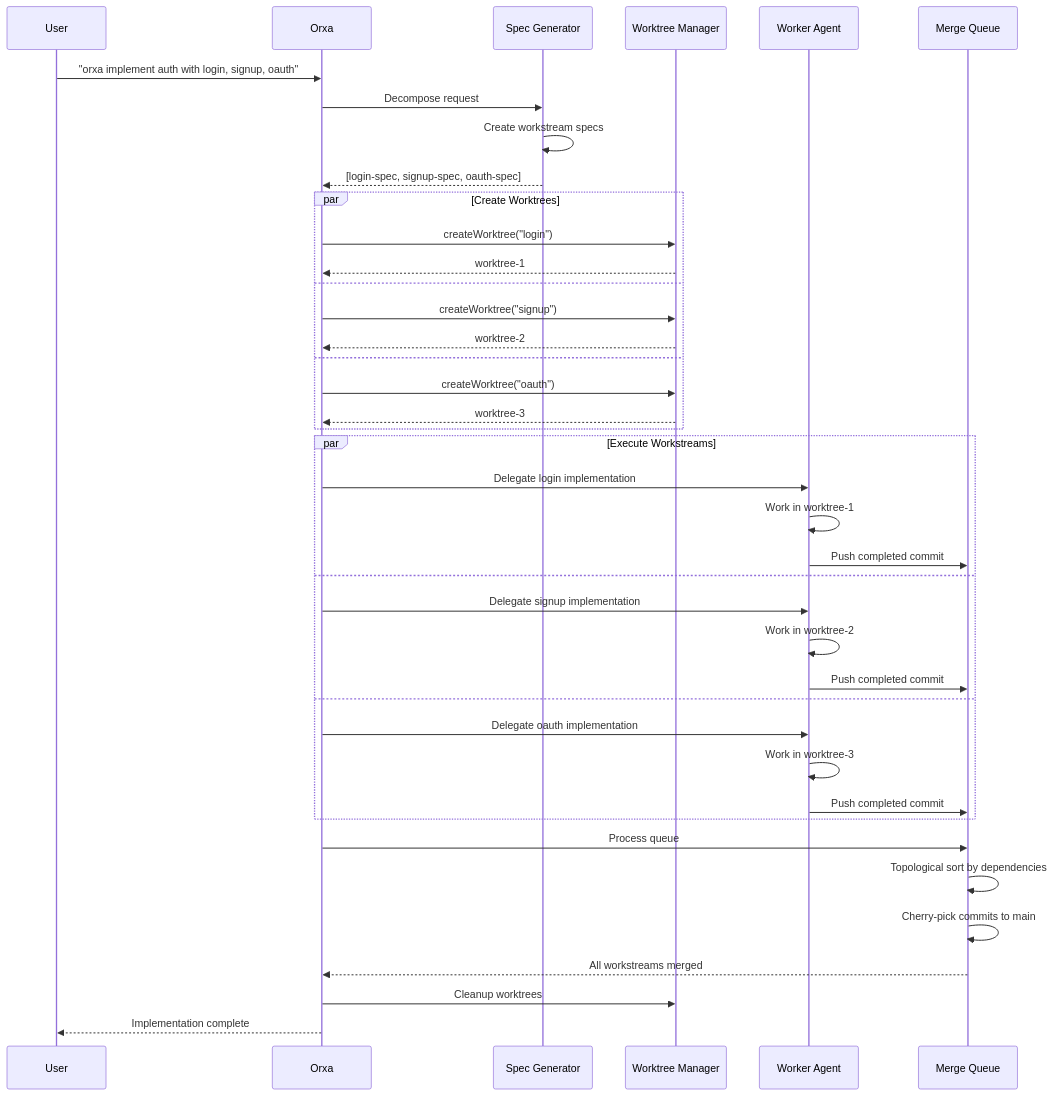
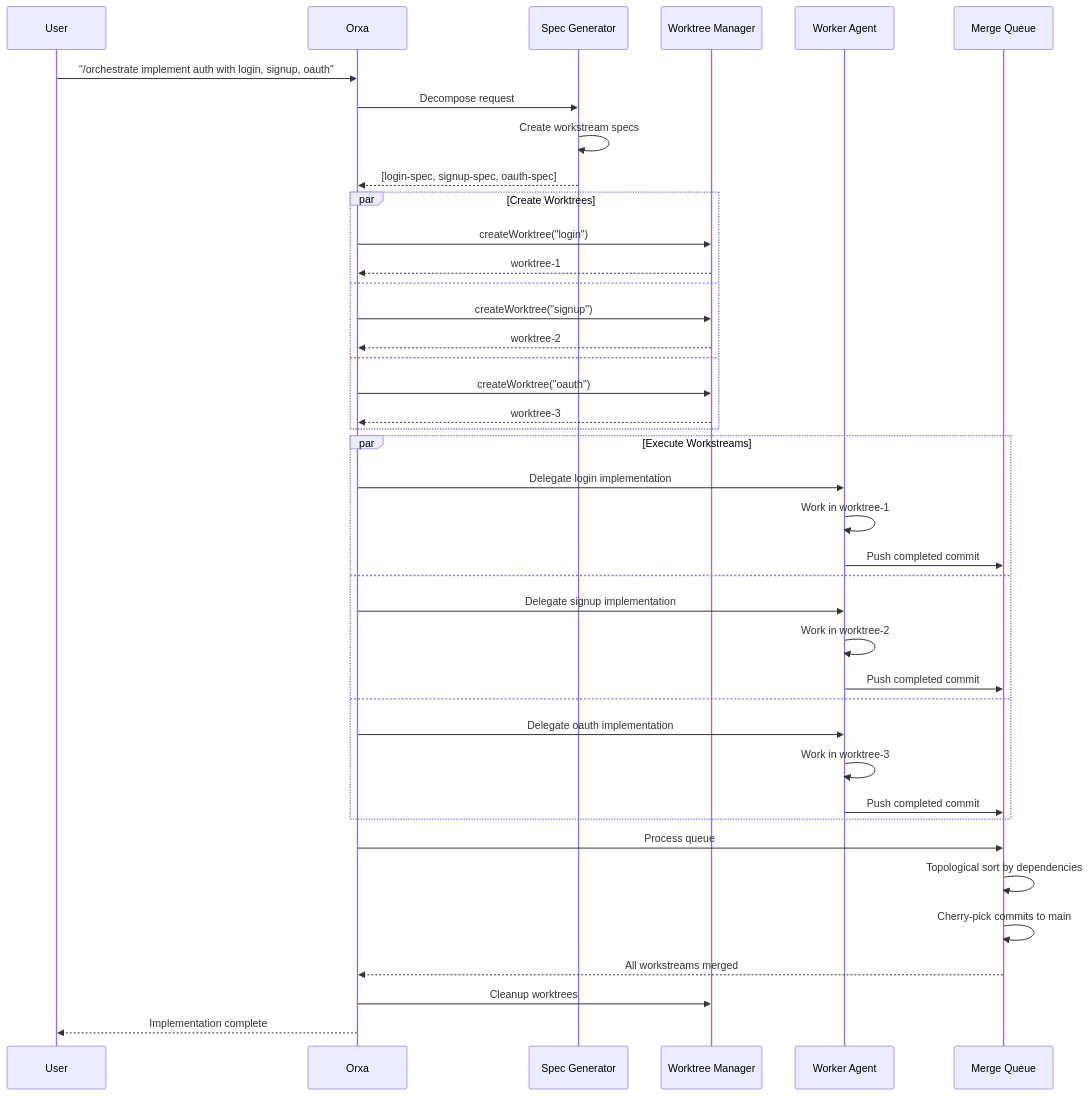
Before and after one commit to Reliability-Works/opencode-orxa: the tenth of 14 diagrams in docs/ARCHITECTURE.md, drawn with Mermaid. The commit also changed other lines of this file and 33 other files, not shown here.

````diff
--- a/docs/ARCHITECTURE.md
+++ b/docs/ARCHITECTURE.md
@@ -704,48 +704,48 @@
 ```mermaid
 sequenceDiagram
     participant User
     participant Orxa
     participant SpecGen as Spec Generator
     participant WTMgr as Worktree Manager
     participant Worker as Worker Agent
     participant Queue as Merge Queue
     
-    User->>Orxa: "orxa implement auth with login, signup, oauth"
+    User->>Orxa: "/orchestrate implement auth with login, signup, oauth"
     
     Orxa->>SpecGen: Decompose request
     SpecGen->>SpecGen: Create workstream specs
     SpecGen-->>Orxa: [login-spec, signup-spec, oauth-spec]
     
     par Create Worktrees
         Orxa->>WTMgr: createWorktree("login")
         WTMgr-->>Orxa: worktree-1
     and
         Orxa->>WTMgr: createWorktree("signup")
         WTMgr-->>Orxa: worktree-2
     and
         Orxa->>WTMgr: createWorktree("oauth")
         WTMgr-->>Orxa: worktree-3
     end
     
     par Execute Workstreams
         Orxa->>Worker: Delegate login implementation
         Worker->>Worker: Work in worktree-1
         Worker->>Queue: Push completed commit
     and
         Orxa->>Worker: Delegate signup implementation
         Worker->>Worker: Work in worktree-2
         Worker->>Queue: Push completed commit
     and
         Orxa->>Worker: Delegate oauth implementation
         Worker->>Worker: Work in worktree-3
         Worker->>Queue: Push completed commit
     end
     
     Orxa->>Queue: Process queue
     Queue->>Queue: Topological sort by dependencies
     Queue->>Queue: Cherry-pick commits to main
     Queue-->>Orxa: All workstreams merged
     
     Orxa->>WTMgr: Cleanup worktrees
     Orxa-->>User: Implementation complete
 ```
````
